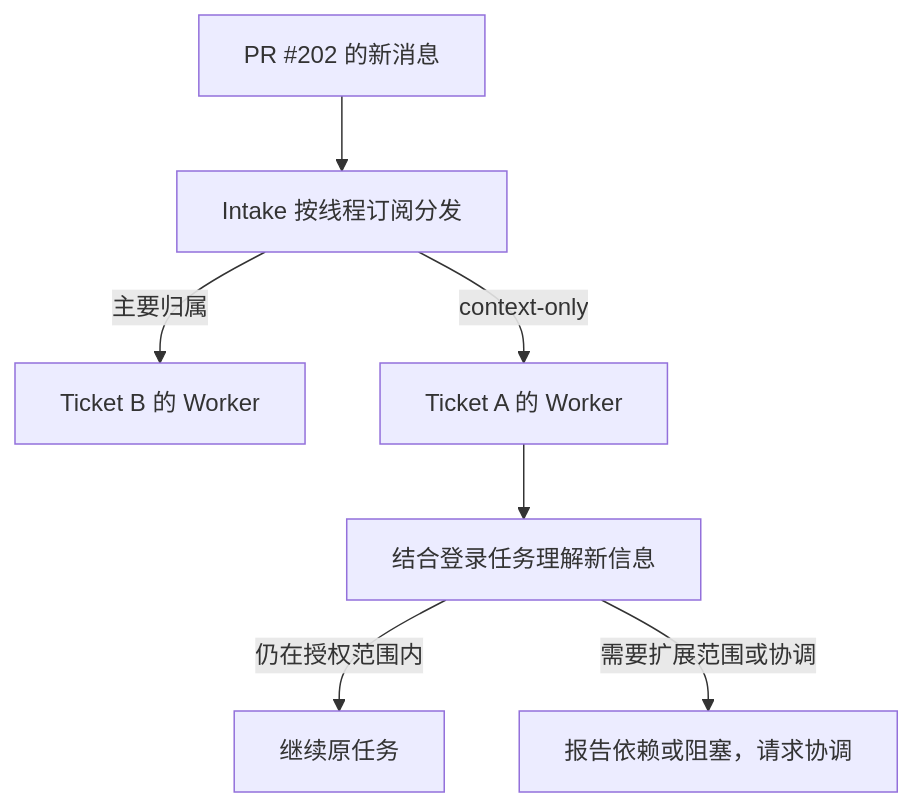
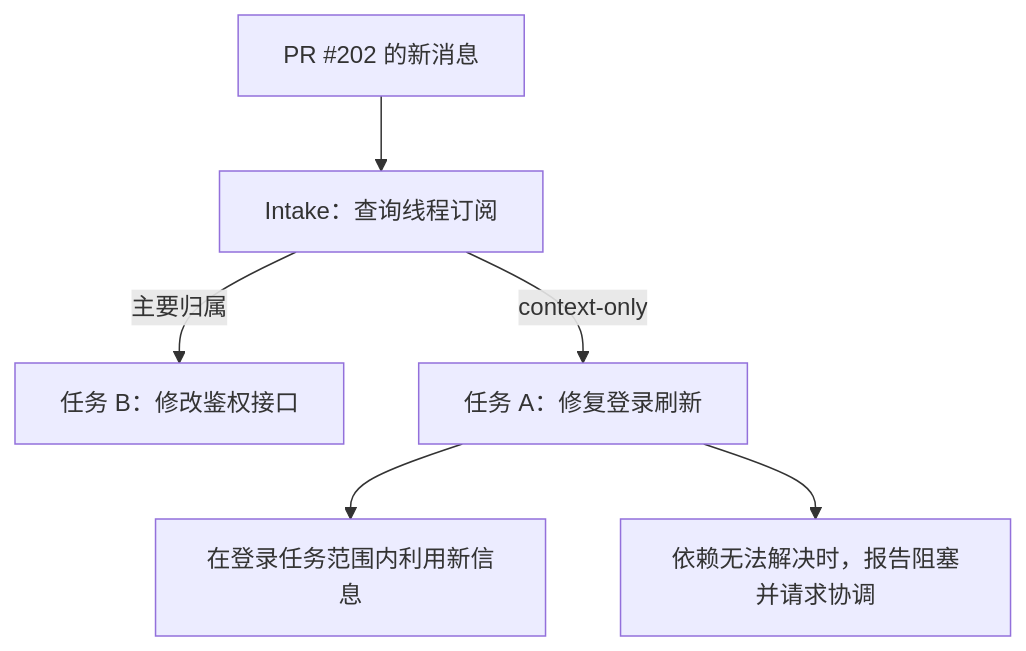
Before and after one commit to jhyz/jhyz.github.io: the second of 2 diagrams in _posts/2026-11-07-super-agent.md, drawn with Mermaid. The commit also changed other lines of this file and 1 other file, not shown here.

````diff
--- a/_posts/2026-11-07-super-agent.md
+++ b/_posts/2026-11-07-super-agent.md
@@ -207,9 +122,8 @@
 ```mermaid
 flowchart TD
-    B["PR #202 的新消息"] --> I["Intake 按线程订阅分发"]
-    I -->|主要归属| WB["Ticket B 的 Worker"]
-    I -->|context-only| WA["Ticket A 的 Worker"]
-    WA --> J["结合登录任务理解新信息"]
-    J -->|仍在授权范围内| C["继续原任务"]
-    J -->|需要扩展范围或协调| H["报告依赖或阻塞，请求协调"]
+    M["PR #202 的新消息"] --> I["Intake：查询线程订阅"]
+    I -->|主要归属| B["任务 B：修改鉴权接口"]
+    I -->|context-only| A["任务 A：修复登录刷新"]
+    A --> C["在登录任务范围内利用新信息"]
+    A --> D["依赖无法解决时，报告阻塞并请求协调"]
 ```
````
